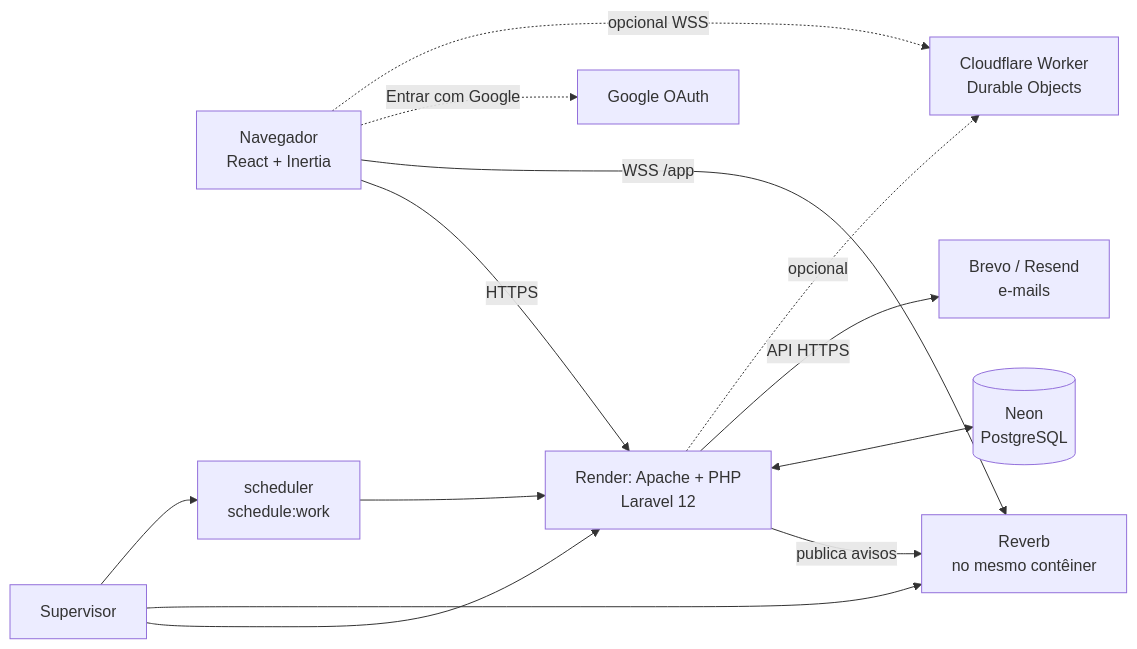
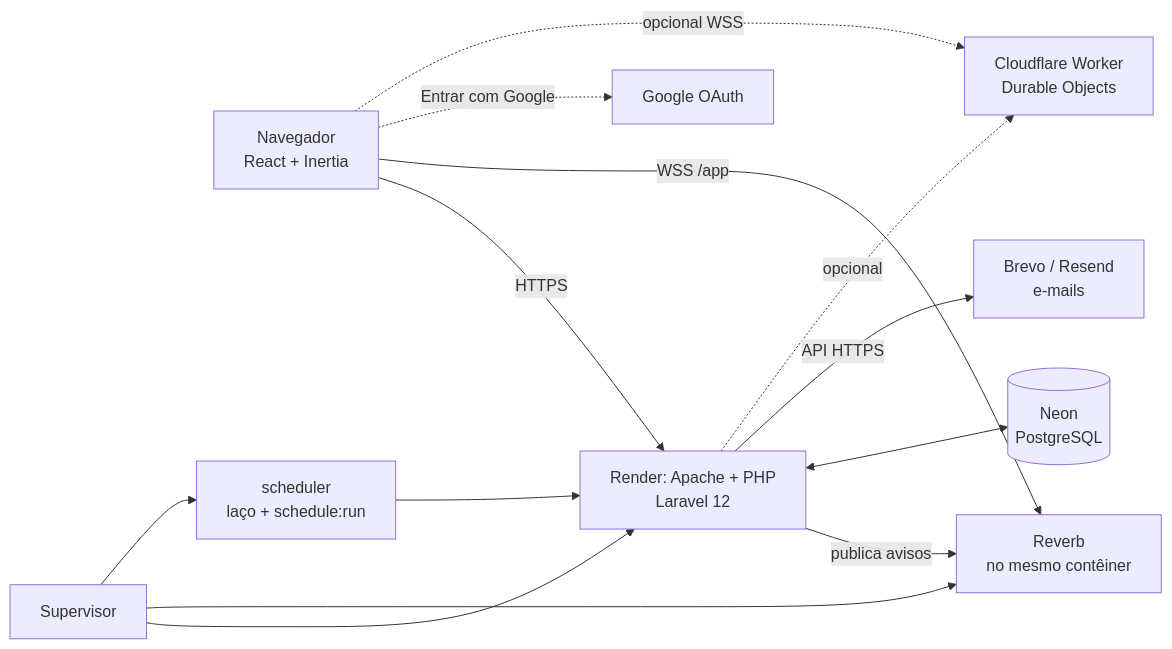
One commit to guisouzsa/estacao-commit-game changed the diagram in docs/PROJETO.md. Above: the diagram before and after it, drawn with Mermaid. The commit also changed 14 other files, not shown here.

First line of the commit message:
feat: agendador leve (schedule:run por minuto) no lugar do schedule:work

````diff
--- a/docs/PROJETO.md
+++ b/docs/PROJETO.md
@@ -71,15 +71,15 @@
 ```mermaid
 flowchart LR
     B[Navegador<br/>React + Inertia] -- HTTPS --> A[Render: Apache + PHP<br/>Laravel 12]
     B -- WSS /app --> R[Reverb<br/>no mesmo contêiner]
     A -- publica avisos --> R
     A <--> N[(Neon<br/>PostgreSQL)]
     A -- API HTTPS --> M[Brevo / Resend<br/>e-mails]
     B -. Entrar com Google .-> G[Google OAuth]
     A -. opcional .-> W[Cloudflare Worker<br/>Durable Objects]
     B -. opcional WSS .-> W
     S[Supervisor] --> A
     S --> R
-    S --> C[scheduler<br/>schedule:work]
+    S --> C[scheduler<br/>laço + schedule:run]
     C --> A
 ```
````
